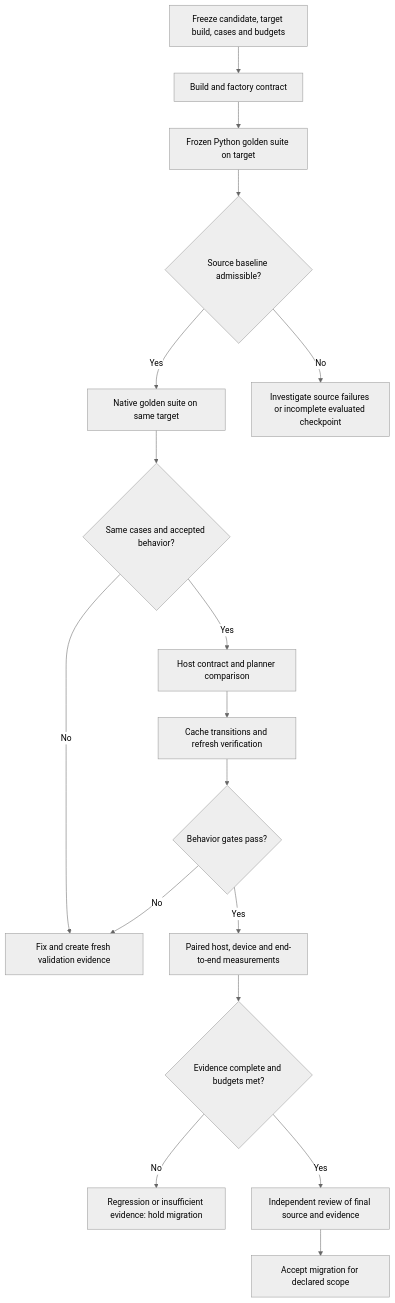
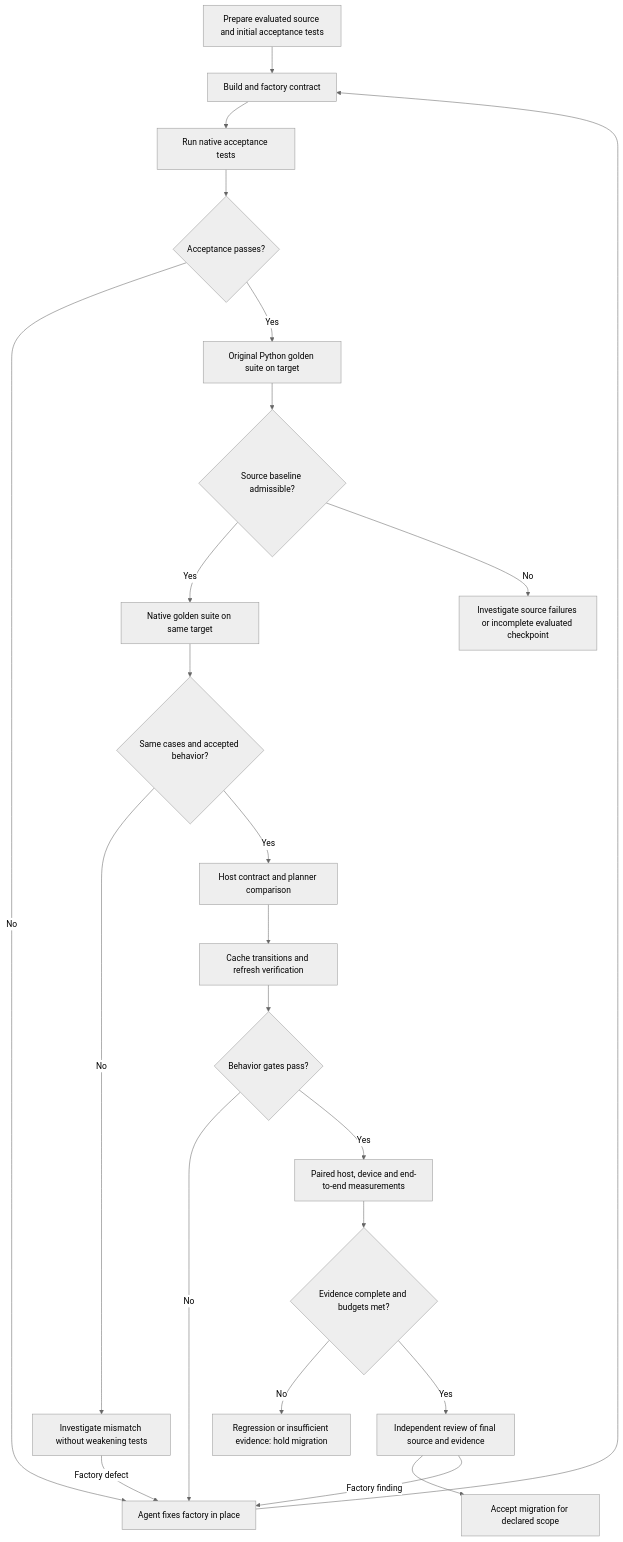
One commit to tenstorrent/tt-metal changed the diagram in tools/generic_op_to_factory/COMPARISON_GATE.md. Above: the diagram before and after it, drawn with Mermaid (neutral theme). The commit also changed other lines of this file and 9 other files, not shown here.

First line of the commit message:
Enable acceptance-first in-place ProgramDescriptor migration iteration

````diff
--- a/tools/generic_op_to_factory/COMPARISON_GATE.md
+++ b/tools/generic_op_to_factory/COMPARISON_GATE.md
@@ -24,19 +24,25 @@
 ```mermaid
 flowchart TD
-    A[Freeze candidate, target build, cases and budgets] --> B[Build and factory contract]
-    B --> C[Frozen Python golden suite on target]
+    A[Prepare evaluated source and initial acceptance tests] --> B[Build and factory contract]
+    B --> P[Run native acceptance tests]
+    P --> Q{Acceptance passes?}
+    Q -- No --> Y[Agent fixes factory in place]
+    Y --> B
+    Q -- Yes --> C[Original Python golden suite on target]
     C --> D{Source baseline admissible?}
     D -- Yes --> E[Native golden suite on same target]
     D -- No --> X[Investigate source failures or incomplete evaluated checkpoint]
     E --> F{Same cases and accepted behavior?}
-    F -- No --> Y[Fix and create fresh validation evidence]
+    F -- No --> X2[Investigate mismatch without weakening tests]
+    X2 -- Factory defect --> Y
     F -- Yes --> G[Host contract and planner comparison]
     G --> H[Cache transitions and refresh verification]
     H --> I{Behavior gates pass?}
     I -- No --> Y
     I -- Yes --> J[Paired host, device and end-to-end measurements]
     J --> K{Evidence complete and budgets met?}
     K -- No --> L[Regression or insufficient evidence: hold migration]
     K -- Yes --> M[Independent review of final source and evidence]
     M --> N[Accept migration for declared scope]
+    M -- Factory finding --> Y
 ```
````
